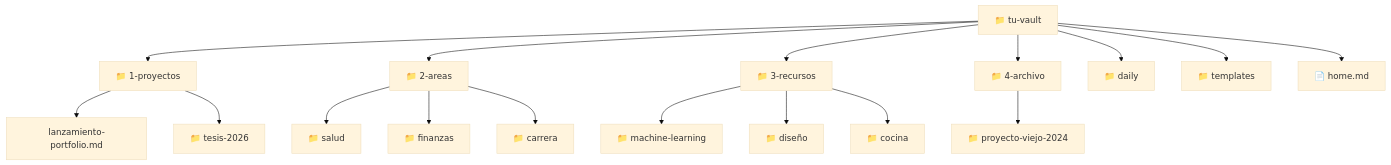
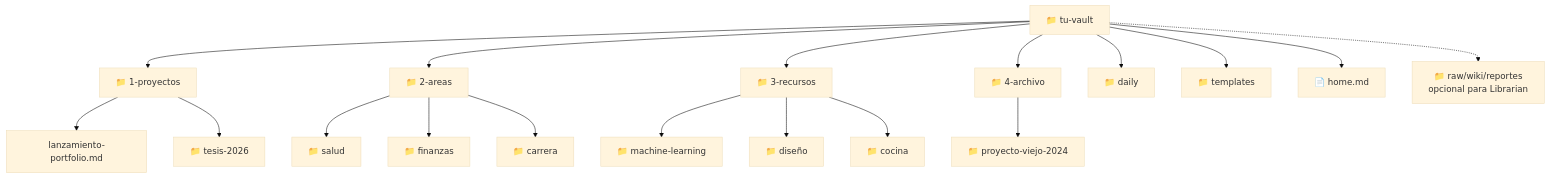
One commit to VanessaPellegrini/second-brain-ecosystem changed the first of 2 diagrams in second-brain/guides/es/04-vault-structure.md. Above: the diagram before and after it, drawn with Mermaid (base theme). The commit also changed other lines of this file and 17 other files, not shown here.

````diff
--- a/second-brain/guides/es/04-vault-structure.md
+++ b/second-brain/guides/es/04-vault-structure.md
@@ -20,20 +20,21 @@
 ```mermaid
 graph TD
     Vault[📁 tu-vault] --> P[📁 1-proyectos]
     Vault --> A[📁 2-areas]
     Vault --> R[📁 3-recursos]
     Vault --> Arc[📁 4-archivo]
     Vault --> D[📁 daily]
     Vault --> T[📁 templates]
     Vault --> H[📄 home.md]
+    Vault -.-> AI[📁 raw/wiki/reportes<br/>opcional para Librarian]
 
     P --> P1[lanzamiento-portfolio.md]
     P --> P2[📁 tesis-2026]
     A --> A1[📁 salud]
     A --> A2[📁 finanzas]
     A --> A3[📁 carrera]
     R --> R1[📁 machine-learning]
     R --> R2[📁 diseño]
     R --> R3[📁 cocina]
     Arc --> Arc1[📁 proyecto-viejo-2024]
 ```
````
